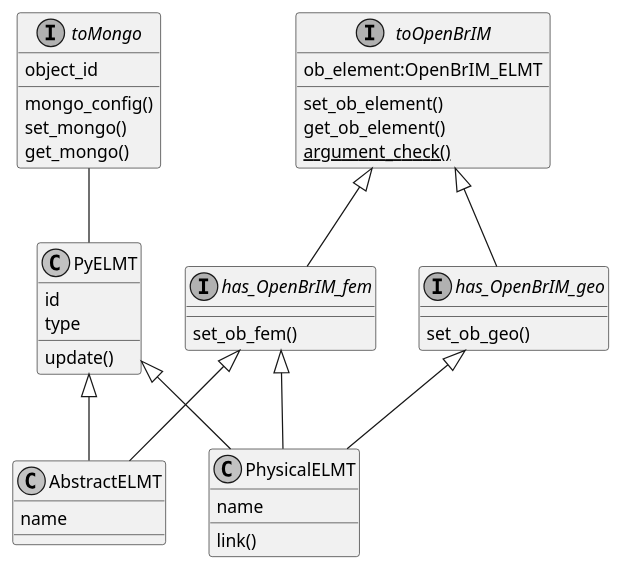
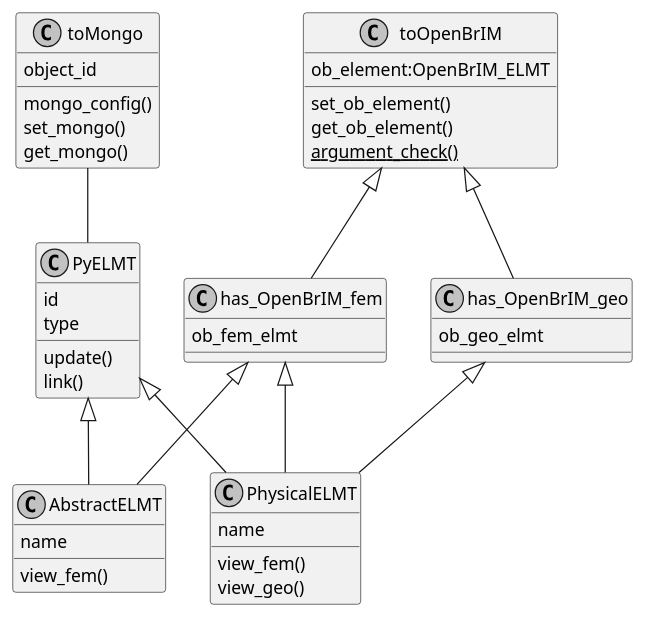
The diagram in Notes & Diagrams/BMS_BrIM_class.puml (YidongQIN/PyBMS_BrIM), drawn with PlantUML before and after one commit. The commit also changed 2 other files, not shown here.

Commit message:
diagrams

```diff
--- a/Notes & Diagrams/BMS_BrIM_class.puml
+++ b/Notes & Diagrams/BMS_BrIM_class.puml
@@ -1,105 +1,109 @@
 @startuml
 
 top to bottom direction
 ' left to right direction
 
 skinparam shadowing false
 skinparam monochrome true
 
 skinparam class {
 
     ' BackgroundColor White
     ' ArrowColor Black
     ' BorderColor Black
 }
 
-Interface toMongo{
+class toMongo{
     object_id
     mongo_config()
     set_mongo()
     get_mongo()
 }
 
 toMongo -- PyELMT
 
 
 class PyELMT{
     id
     type
     update()
+    link()
 }
 
 class AbstractELMT{
     name
+    view_fem()
 }
 
 class PhysicalELMT{
     name
-    link()
+    view_fem()
+    view_geo()
+
 }
 
 ' hide PhysicalELMT circle
 
-Interface toOpenBrIM{
+class toOpenBrIM{
     ob_element:OpenBrIM_ELMT
     set_ob_element()
     get_ob_element()
     {static} argument_check()
 }
 
-Interface has_OpenBrIM_fem{
-    set_ob_fem()
+class has_OpenBrIM_fem{
+    ob_fem_elmt
 }
 
-Interface has_OpenBrIM_geo{
-    set_ob_geo()
+class has_OpenBrIM_geo{
+    ob_geo_elmt
 }
 
 'together {
 '    class PyELMT
 '    class AbstractELMT
 '    class PhysicalELMT
-'    Interface toMongo
-'    Interface toOpenBrIM
+'    class toMongo
+'    class toOpenBrIM
 '}
 
 PyELMT <|-- AbstractELMT
 PyELMT <|-- PhysicalELMT
 has_OpenBrIM_fem <|-- AbstractELMT
 has_OpenBrIM_fem <|-- PhysicalELMT
 has_OpenBrIM_geo <|-- PhysicalELMT
 
 toOpenBrIM <|-- has_OpenBrIM_fem
 toOpenBrIM <|-- has_OpenBrIM_geo
 
 ' class Project
 ' class Group
 ' class Parameter
 ' class Shape
 ' class Section
 ' class Material
 ' class FENode
 
 
 ' AbstractELMT <|-- Project
 ' AbstractELMT <|-- Group
 ' AbstractELMT <|-- Parameter
 ' AbstractELMT <|-- Shape
 ' AbstractELMT <|-- Section
 ' AbstractELMT <|-- Material
 ' AbstractELMT <|-- FENode
 ' Shape -- Section
 
 ' class Beam
 ' class Surface
 ' class Bolted_Plate
 ' class Volume
 ' class Sensor
 
 ' PhysicalELMT <|-- Beam
 ' PhysicalELMT <|-- Surface
 ' Surface <|-- Bolted_Plate
 ' PhysicalELMT <|-- Volume
 ' PhysicalELMT <|-- Sensor
 
 @enduml
```
